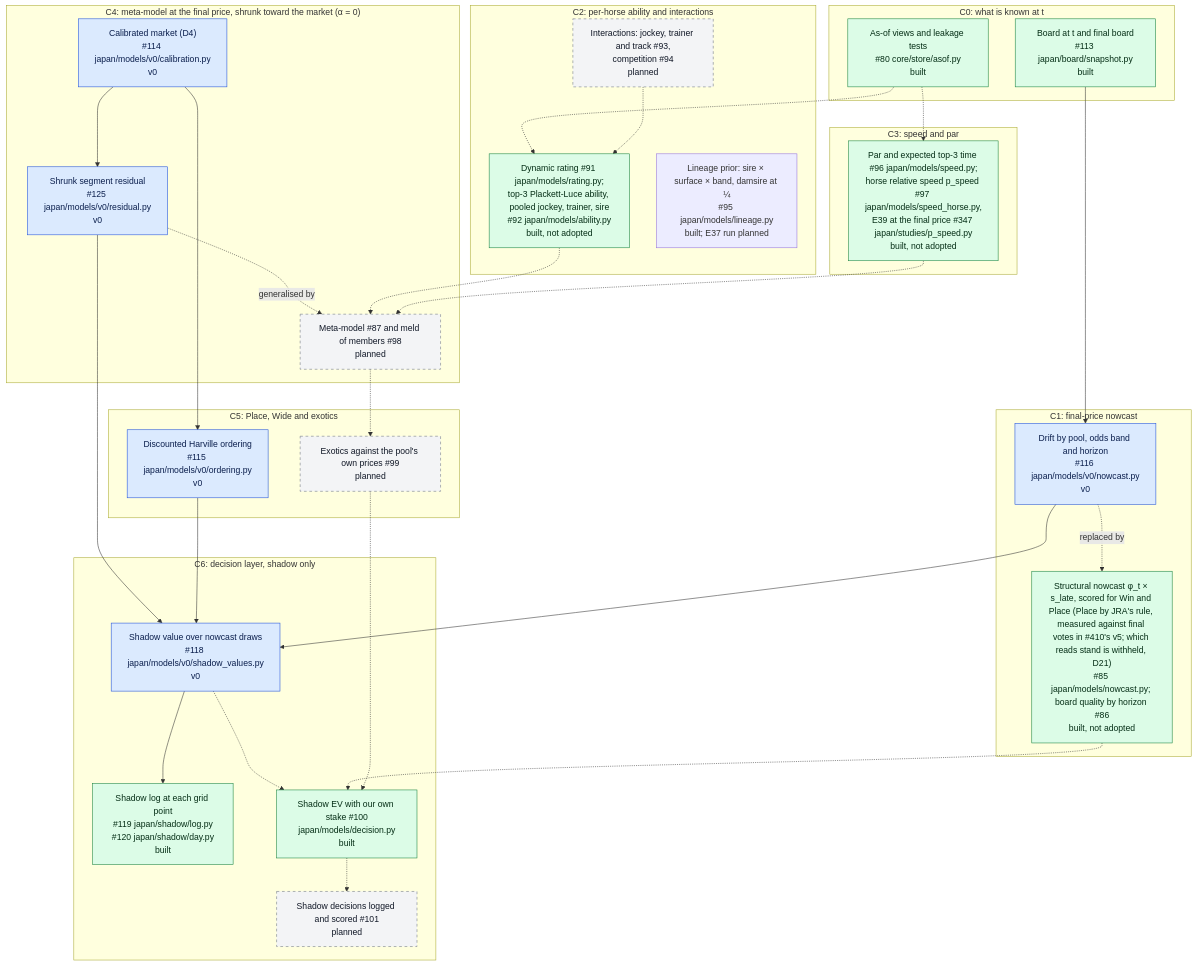
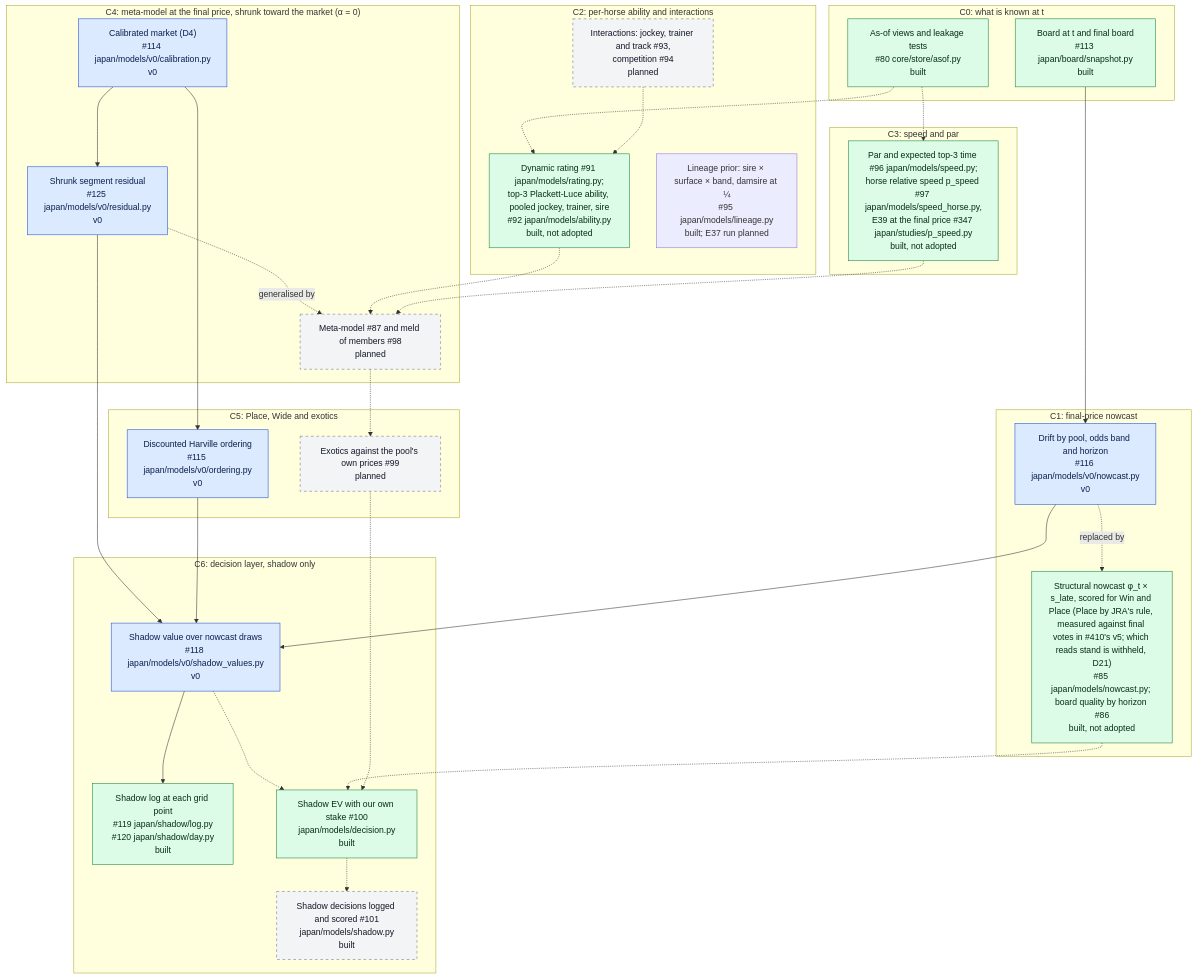
The second of 6 diagrams in docs/modeling.md (rjeskuri/HorseTrackBetting), drawn with Mermaid before and after one commit. The commit also changed 11 other files, not shown here.

First line of the commit message:
Log shadow decisions and score their calibration and staking (#101) (#615)

````diff
--- a/docs/modeling.md
+++ b/docs/modeling.md
@@ -71,60 +71,60 @@
 ```mermaid
 flowchart TB
     subgraph L0["C0: what is known at t"]
         ASOF["As-of views and leakage tests<br/>#80 core/store/asof.py<br/>built"]
         BOARD["Board at t and final board<br/>#113 japan/board/snapshot.py<br/>built"]
     end
     subgraph L1["C1: final-price nowcast"]
         NC0["Drift by pool, odds band and horizon<br/>#116 japan/models/v0/nowcast.py<br/>v0"]
         NC1["Structural nowcast φ_t × s_late, scored for Win and Place (Place by JRA's rule, measured against final votes in #410's v5; which reads stand is withheld, D21)<br/>#85 japan/models/nowcast.py; board quality by horizon #86<br/>built, not adopted"]
     end
     subgraph L2["C2: per-horse ability and interactions"]
         ABIL["Dynamic rating #91 japan/models/rating.py;<br/>top-3 Plackett-Luce ability, pooled jockey, trainer, sire<br/>#92 japan/models/ability.py<br/>built, not adopted"]
         INTR["Interactions: jockey, trainer and track #93,<br/>competition #94<br/>planned"]
         LIN["Lineage prior: sire × surface × band, damsire at ¼<br/>#95 japan/models/lineage.py<br/>built; E37 run planned"]
     end
     subgraph L3["C3: speed and par"]
         SPEED["Par and expected top-3 time #96 japan/models/speed.py;<br/>horse relative speed p_speed #97 japan/models/speed_horse.py,<br/>E39 at the final price #347 japan/studies/p_speed.py<br/>built, not adopted"]
     end
     subgraph L4["C4: meta-model at the final price, shrunk toward the market (α = 0)"]
         CAL["Calibrated market (D4)<br/>#114 japan/models/v0/calibration.py<br/>v0"]
         RES["Shrunk segment residual<br/>#125 japan/models/v0/residual.py<br/>v0"]
         META["Meta-model #87 and meld of members #98<br/>planned"]
     end
     subgraph L5["C5: Place, Wide and exotics"]
         ORD["Discounted Harville ordering<br/>#115 japan/models/v0/ordering.py<br/>v0"]
         EXO["Exotics against the pool's own prices #99<br/>planned"]
     end
     subgraph L6["C6: decision layer, shadow only"]
         SV["Shadow value over nowcast draws<br/>#118 japan/models/v0/shadow_values.py<br/>v0"]
         SLOG["Shadow log at each grid point<br/>#119 japan/shadow/log.py<br/>#120 japan/shadow/day.py<br/>built"]
         STAKE["Shadow EV with our own stake #100<br/>japan/models/decision.py<br/>built"]
-        SDEC["Shadow decisions logged and scored #101<br/>planned"]
+        SDEC["Shadow decisions logged and scored #101<br/>japan/models/shadow.py<br/>built"]
     end
     BOARD --> NC0
     NC0 -.->|"replaced by"| NC1
     ASOF -.-> ABIL
     INTR -.-> ABIL
     ASOF -.-> SPEED
     CAL --> RES
     CAL --> ORD
     RES -.->|"generalised by"| META
     ABIL -.-> META
     SPEED -.-> META
     META -.-> EXO
     RES --> SV
     ORD --> SV
     NC0 --> SV
     SV --> SLOG
     SV -.-> STAKE
     NC1 -.-> STAKE
     EXO -.-> STAKE
     STAKE -.-> SDEC
 
     classDef v0 fill:#dbeafe,stroke:#1d4ed8,color:#0b1f4d
     classDef built fill:#dcfce7,stroke:#15803d,color:#052e16
     classDef planned fill:#f3f4f6,stroke:#6b7280,stroke-dasharray: 5 5,color:#111827
     class NC0,CAL,RES,ORD,SV v0
     class ASOF,BOARD,SLOG,NC1,ABIL,STAKE,SPEED built
     class INTR,META,EXO,SDEC planned
 ```
````
